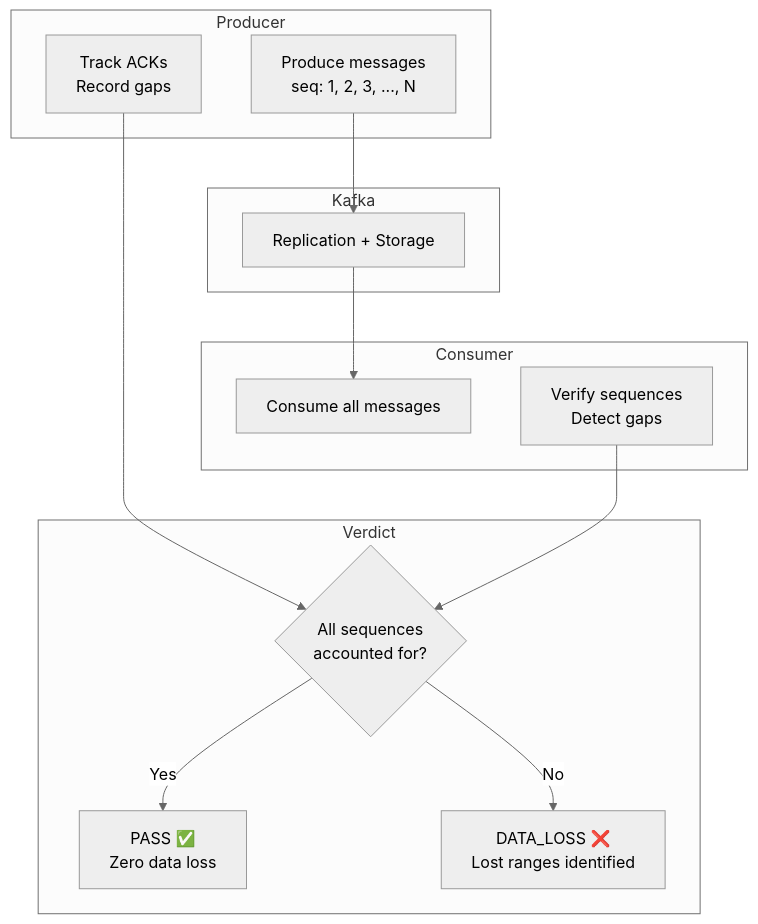
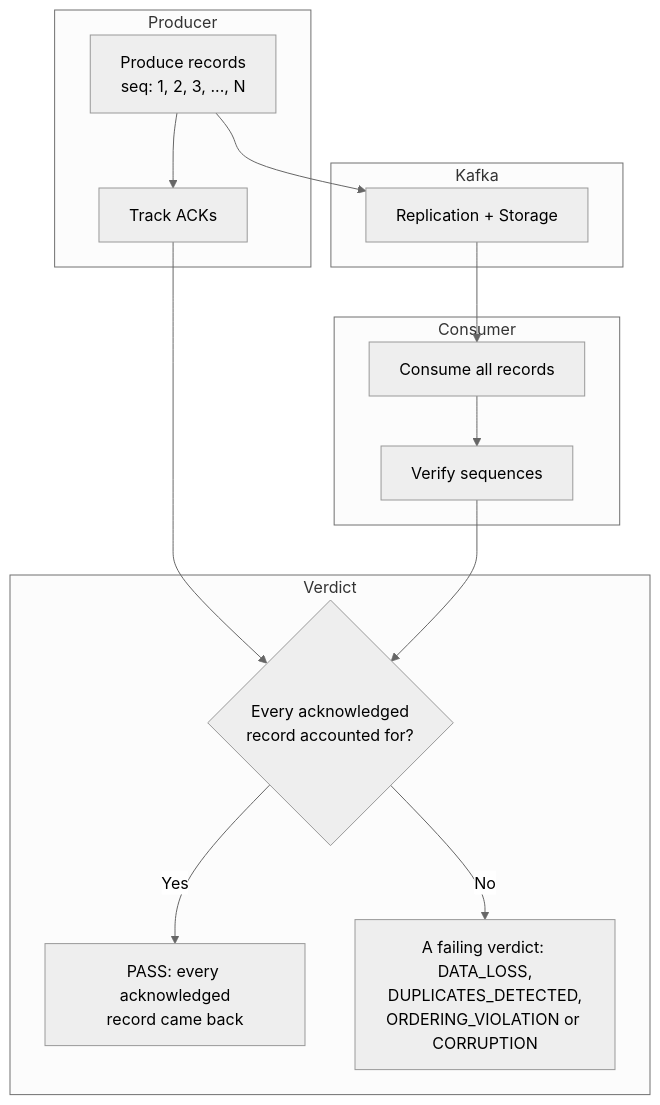
One commit to bmscomp/kates changed the second of 2 diagrams in docs/book/05-test-types.md. Above: the diagram before and after it, drawn with Mermaid (neutral theme). The commit also changed other lines of this file and 52 other files, not shown here.

````diff
--- a/docs/book/05-test-types.md
+++ b/docs/book/05-test-types.md
@@ -425,31 +314,32 @@
 ```mermaid
 %%| label: fig-types-integrity-flow
 %%| fig-cap: "An INTEGRITY run numbers every record it sends, reads the topic back, and compares what was acknowledged with what came back."
-%%| fig-alt: "Flowchart. The producer sends messages with sequence numbers 1 to N and tracks acknowledgments. The messages pass through Kafka replication and storage to a consumer that reads them all and verifies the sequences for gaps. The tracked acknowledgments and the verified sequences meet at a decision, all sequences accounted for: yes gives PASS with zero data loss, no gives DATA_LOSS with the lost ranges identified."
+%%| fig-alt: "Flowchart. The producer sends records with sequence numbers 1 to N and tracks acknowledgments. The records pass through Kafka replication and storage to a consumer that reads them all and verifies the sequences. The tracked acknowledgments and the verified sequences meet at a decision, every acknowledged record accounted for: yes gives PASS, no gives a failing verdict, DATA_LOSS, DUPLICATES_DETECTED, ORDERING_VIOLATION or CORRUPTION."
 graph TB
     subgraph Producer
-        P[Produce messages<br/>seq: 1, 2, 3, ..., N]
-        PA[Track ACKs<br/>Record gaps]
+        P[Produce records<br/>seq: 1, 2, 3, ..., N]
+        PA[Track ACKs]
     end
     
     subgraph Kafka
         K[Replication + Storage]
     end
     
     subgraph Consumer
-        C[Consume all messages]
-        CV[Verify sequences<br/>Detect gaps]
+        C[Consume all records]
+        CV[Verify sequences]
     end
     
     subgraph Verdict
-        V{All sequences<br/>accounted for?}
-        PASS[PASS ✅<br/>Zero data loss]
-        FAIL[DATA_LOSS ❌<br/>Lost ranges identified]
+        V{Every acknowledged<br/>record accounted for?}
+        PASS[PASS: every acknowledged<br/>record came back]
+        FAIL[A failing verdict: DATA_LOSS,<br/>DUPLICATES_DETECTED,<br/>ORDERING_VIOLATION or CORRUPTION]
     end
     
-    P --> K --> C
+    P --> PA
+    P --> K --> C --> CV
     PA --> V
     CV --> V
     V -->|Yes| PASS
     V -->|No| FAIL
 ```
````
